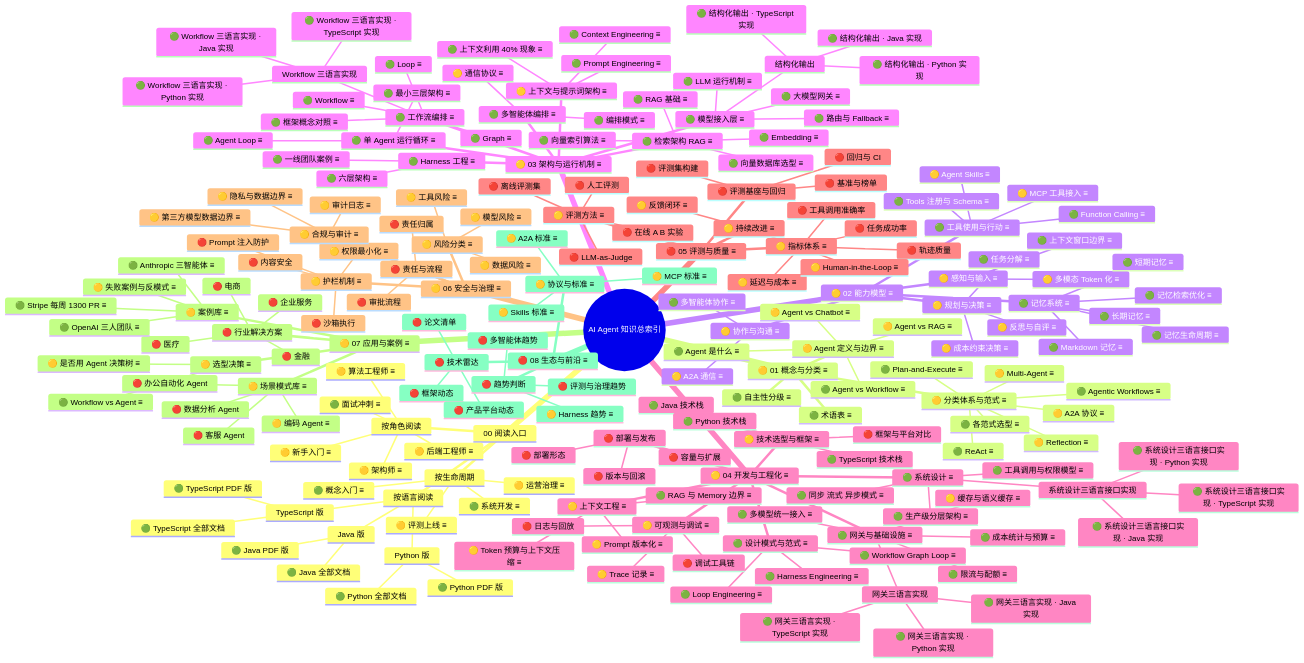
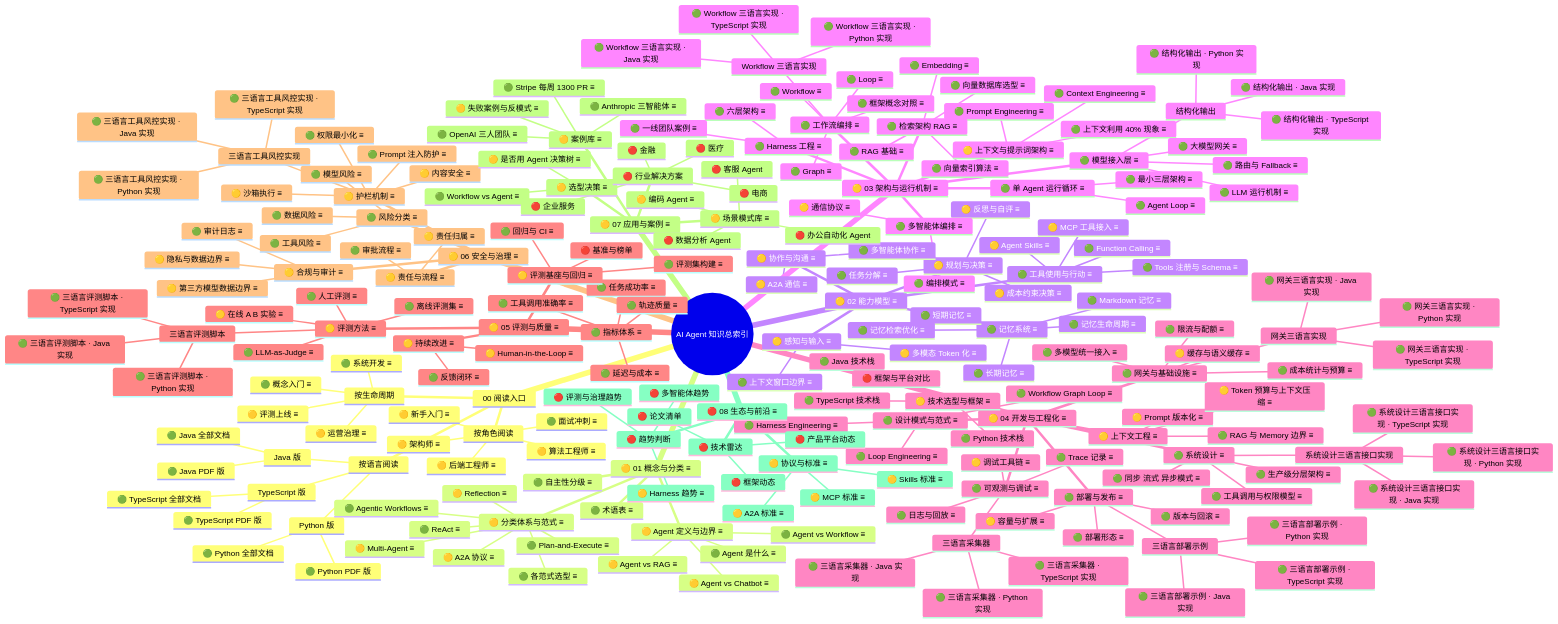
Before and after one commit to zbeeeeeeeeee/AI-Agent-Knowledge: the diagram in 知识地图总索引.md, drawn with Mermaid. The commit also changed other lines of this file and 53 other files, not shown here.

```diff
--- a/知识地图总索引.md
+++ b/知识地图总索引.md
@@ -149,49 +149,65 @@
           🟢 网关三语言实现 · Java 实现
           🟢 网关三语言实现 · Python 实现
           🟢 网关三语言实现 · TypeScript 实现
-      🔴 部署与发布
-        🔴 部署形态
-        🔴 版本与回滚
-        🔴 容量与扩展
-      🟡 可观测与调试 ≡
-        🟡 Trace 记录 ≡
-        🔴 日志与回放
-        🔴 调试工具链
-    🔴 05 评测与质量 ≡
-      🟡 指标体系 ≡
-        🔴 任务成功率
-        🔴 轨迹质量
-        🔴 工具调用准确率
-        🟡 延迟与成本 ≡
+      🟢 部署与发布 ≡
+        🟢 部署形态 ≡
+        🟢 版本与回滚 ≡
+        🟡 容量与扩展 ≡
+        三语言部署示例
+          🟢 三语言部署示例 · Java 实现
+          🟢 三语言部署示例 · Python 实现
+          🟢 三语言部署示例 · TypeScript 实现
+      🟢 可观测与调试 ≡
+        🟢 Trace 记录 ≡
+        🟢 日志与回放 ≡
+        🟡 调试工具链 ≡
+        三语言采集器
+          🟢 三语言采集器 · Java 实现
+          🟢 三语言采集器 · Python 实现
+          🟢 三语言采集器 · TypeScript 实现
+    🟡 05 评测与质量 ≡
+      🟢 指标体系 ≡
+        🟢 任务成功率 ≡
+        🟢 轨迹质量 ≡
+        🟢 工具调用准确率 ≡
+        🟢 延迟与成本 ≡
       🟡 评测方法 ≡
-        🔴 离线评测集
-        🔴 人工评测
-        🔴 在线 A B 实验
-        🔴 LLM-as-Judge
-      🔴 评测基座与回归
-        🔴 评测集构建
+        🟢 离线评测集 ≡
+        🟢 人工评测 ≡
+        🟡 在线 A B 实验 ≡
+        🟢 LLM-as-Judge ≡
+        三语言评测脚本
+          🟢 三语言评测脚本 · Java 实现
+          🟢 三语言评测脚本 · Python 实现
+          🟢 三语言评测脚本 · TypeScript 实现
+      🟡 评测基座与回归 ≡
+        🟢 评测集构建 ≡
         🔴 基准与榜单
-        🔴 回归与 CI
+        🟢 回归与 CI ≡
       🟡 持续改进 ≡
         🟡 Human-in-the-Loop ≡
-        🟡 反馈闭环 ≡
+        🟢 反馈闭环 ≡
     🟡 06 安全与治理 ≡
-      🟡 风险分类 ≡
-        🟡 模型风险 ≡
-        🟡 工具风险 ≡
-        🟡 数据风险 ≡
+      🟢 风险分类 ≡
+        🟢 模型风险 ≡
+        🟢 工具风险 ≡
+        🟢 数据风险 ≡
       🟡 护栏机制 ≡
-        🟡 权限最小化 ≡
-        🔴 沙箱执行
-        🔴 Prompt 注入防护
-        🔴 内容安全
+        🟢 权限最小化 ≡
+        🟡 沙箱执行 ≡
+        🟢 Prompt 注入防护 ≡
+        🟡 内容安全 ≡
+        三语言工具风控实现
+          🟢 三语言工具风控实现 · Java 实现
+          🟢 三语言工具风控实现 · Python 实现
+          🟢 三语言工具风控实现 · TypeScript 实现
       🟡 合规与审计 ≡
         🟡 隐私与数据边界 ≡
-        🟡 审计日志 ≡
+        🟢 审计日志 ≡
         🟡 第三方模型数据边界 ≡
-      🔴 责任与流程
-        🔴 审批流程
-        🔴 责任归属
+      🟡 责任与流程 ≡
+        🟢 审批流程 ≡
+        🟡 责任归属 ≡
     🟡 07 应用与案例 ≡
       🟡 选型决策 ≡
         🟡 是否用 Agent 决策树 ≡
```
